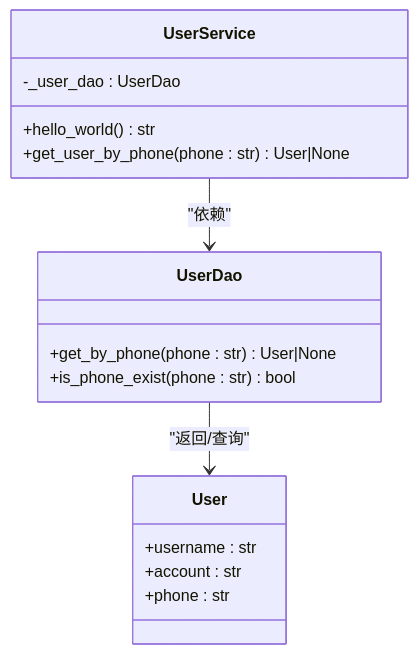
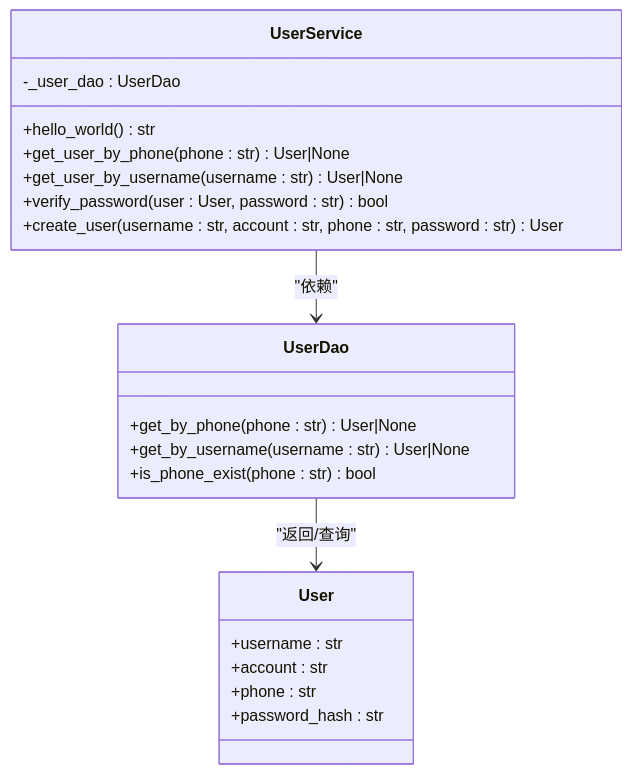
Before and after one commit to lilinzezzzzzz/fastapi-backend: the third of 7 diagrams in .qoder/repowiki/zh/content/业务逻辑层.md, drawn with Mermaid. The commit also changed other lines of this file and 38 other files, not shown here.

````diff
--- a/.qoder/repowiki/zh/content/业务逻辑层.md
+++ b/.qoder/repowiki/zh/content/业务逻辑层.md
@@ -191,19 +231,24 @@
 ```mermaid
 classDiagram
 class UserService {
 -_user_dao : UserDao
 +hello_world() str
 +get_user_by_phone(phone : str) User|None
++get_user_by_username(username : str) User|None
++verify_password(user : User, password : str) bool
++create_user(username : str, account : str, phone : str, password : str) User
 }
 class UserDao {
 +get_by_phone(phone : str) User|None
++get_by_username(username : str) User|None
 +is_phone_exist(phone : str) bool
 }
 class User {
 +username : str
 +account : str
 +phone : str
++password_hash : str
 }
 UserService --> UserDao : "依赖"
 UserDao --> User : "返回/查询"
 ```
````
